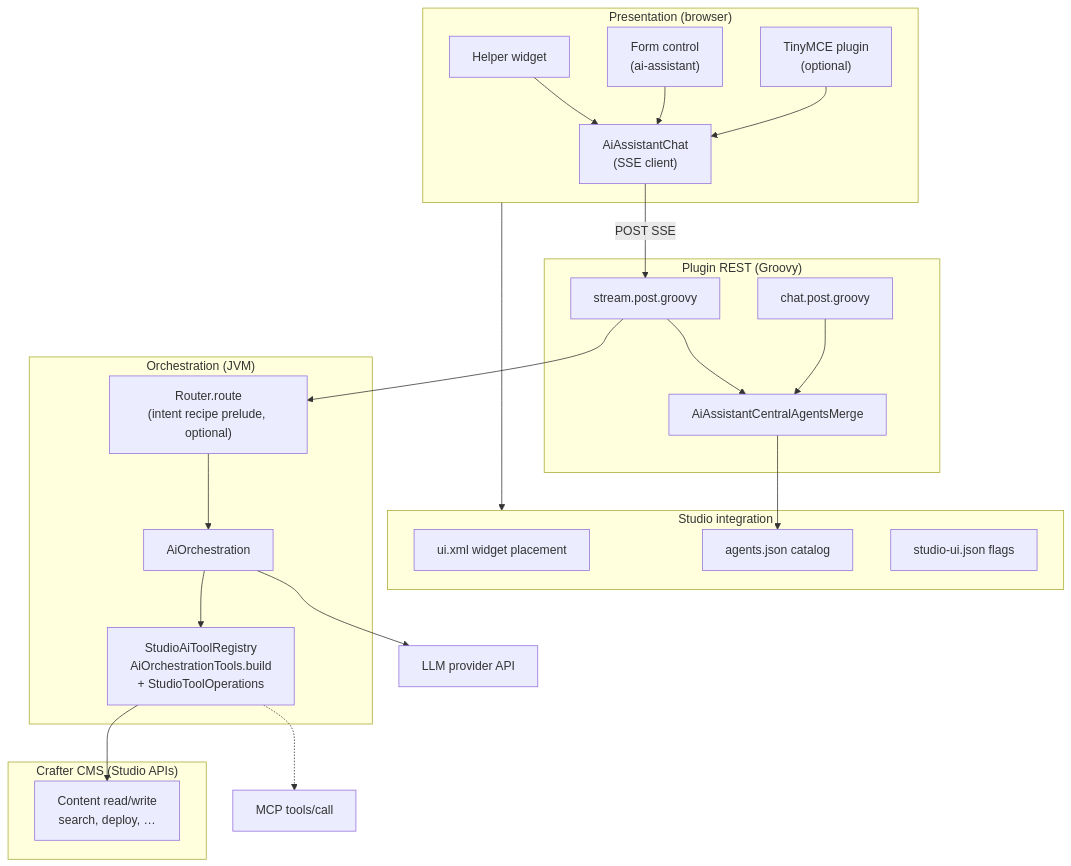
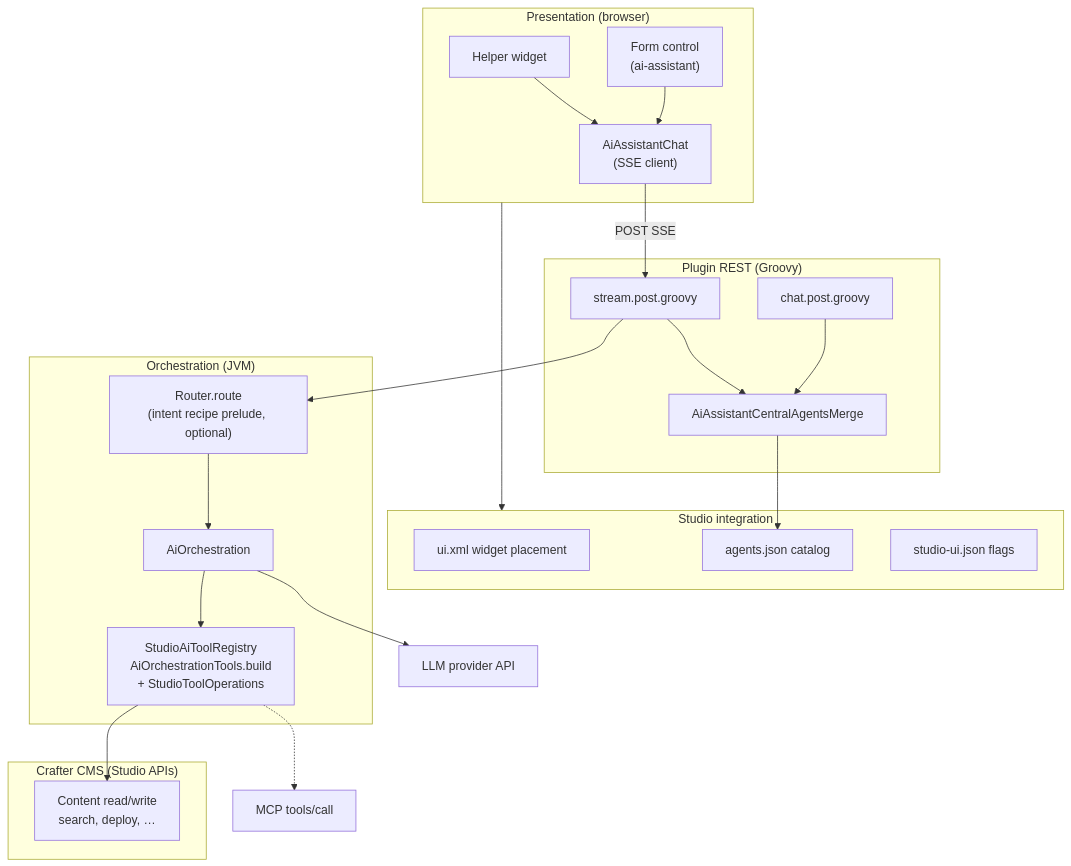
One commit to craftercms/ai-assistant-plugin changed the second of 13 diagrams in docs/architecture-diagrams.md. Above: the diagram before and after it, drawn with Mermaid. The commit also changed other lines of this file and 20 other files, not shown here.

First line of the commit message:
Remove TinyMCE plugin integration from the Studio bundle.

````diff
--- a/docs/architecture-diagrams.md
+++ b/docs/architecture-diagrams.md
@@ -84,46 +84,44 @@
 ```mermaid
 flowchart TB
   subgraph presentation["Presentation (browser)"]
     Helper["Helper widget"]
     FormCtl["Form control\n(ai-assistant)"]
     Chat["AiAssistantChat\n(SSE client)"]
-    TinyMCE["TinyMCE plugin\n(optional)"]
     Helper --> Chat
     FormCtl --> Chat
-    TinyMCE --> Chat
   end
 
   subgraph studioIntegration["Studio integration"]
     UiXml["ui.xml widget placement"]
     AgentsFile["agents.json catalog"]
     StudioUi["studio-ui.json flags"]
   end
 
   subgraph rest["Plugin REST (Groovy)"]
     Stream["stream.post.groovy"]
     ChatRest["chat.post.groovy"]
     Merge["AiAssistantCentralAgentsMerge"]
     Stream --> Merge
     ChatRest --> Merge
   end
 
   subgraph orchestration["Orchestration (JVM)"]
     Recipes["Router.route\n(intent recipe prelude, optional)"]
     Orch["AiOrchestration"]
     Tools["StudioAiToolRegistry\nAiOrchestrationTools.build\n+ StudioToolOperations"]
     Stream --> Recipes
     Recipes --> Orch
     Orch --> Tools
   end
 
   subgraph cms["Crafter CMS (Studio APIs)"]
     ReadWrite["Content read/write\nsearch, deploy, …"]
   end
 
   Chat -->|"POST SSE"| Stream
   presentation --> studioIntegration
   Merge --> AgentsFile
   Tools --> ReadWrite
   Orch --> LLM["LLM provider API"]
   Tools -.-> MCP["MCP tools/call"]
 ```
````
